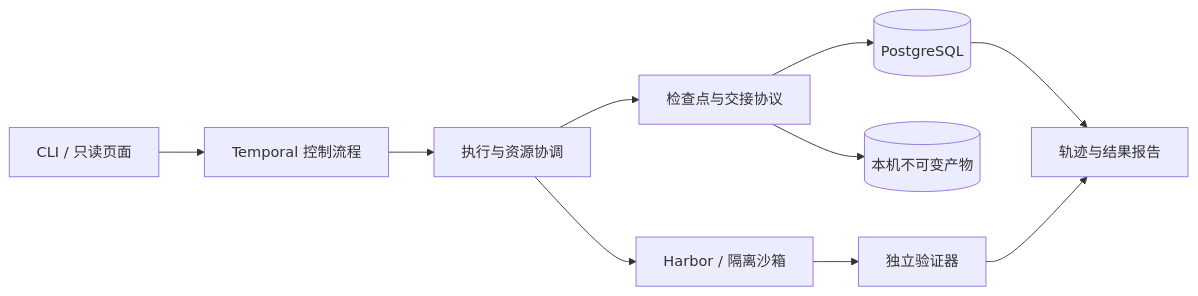
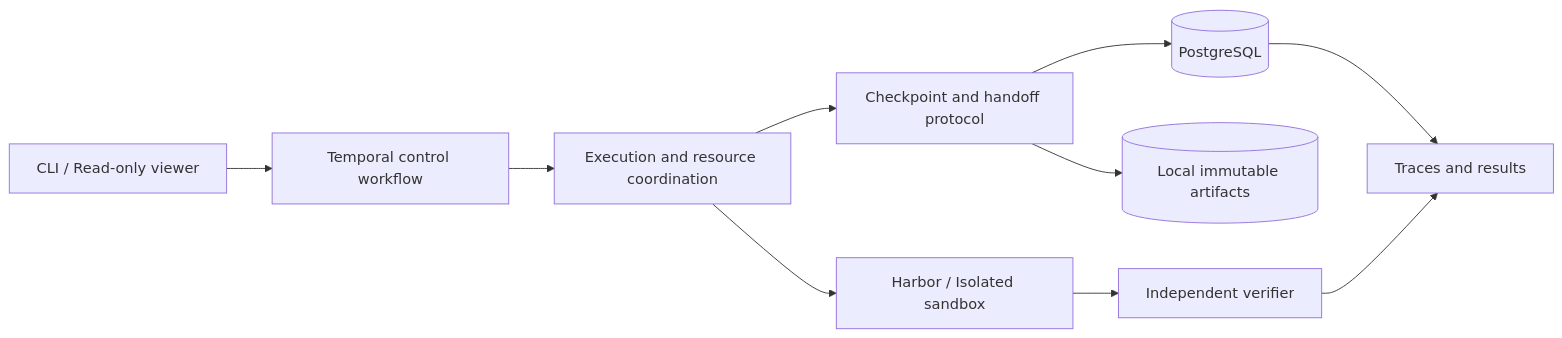
Before and after one commit to MrHappyEnding/relay-trace-verify: the diagram in README.md, drawn with Mermaid. The commit also changed other lines of this file and 83 other files, not shown here.

````diff
--- a/README.md
+++ b/README.md
@@ -61,12 +63,12 @@
 ```mermaid
 flowchart LR
-    CLI[CLI / 只读页面] --> Control[Temporal 控制流程]
-    Control --> Runner[执行与资源协调]
-    Runner --> Sandbox[Harbor / 隔离沙箱]
-    Runner --> Checkpoint[检查点与交接协议]
+    CLI[CLI / Read-only viewer] --> Control[Temporal control workflow]
+    Control --> Runner[Execution and resource coordination]
+    Runner --> Sandbox[Harbor / Isolated sandbox]
+    Runner --> Checkpoint[Checkpoint and handoff protocol]
     Checkpoint --> State[(PostgreSQL)]
-    Checkpoint --> Files[(本机不可变产物)]
-    Sandbox --> Verifier[独立验证器]
-    State --> Report[轨迹与结果报告]
+    Checkpoint --> Files[(Local immutable artifacts)]
+    Sandbox --> Verifier[Independent verifier]
+    State --> Report[Traces and results]
     Verifier --> Report
 ```
````
